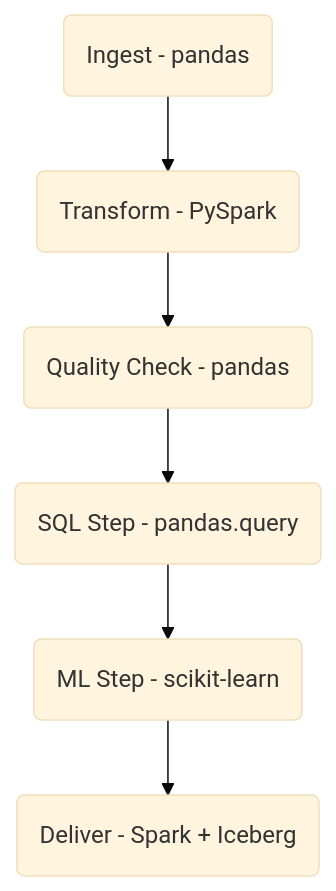
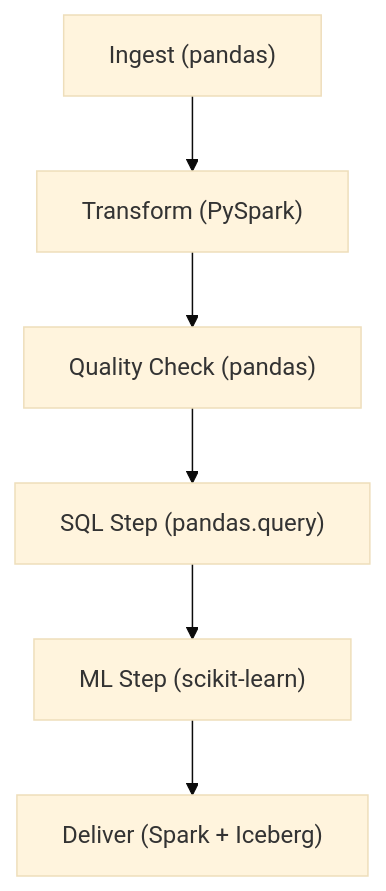
The diagram in README.md (justin-mbca/siri-ai-quality-engineering-pipeline), drawn with Mermaid (base theme) before and after one commit.

Commit message:
fix mermaid diagram

````diff
--- a/README.md
+++ b/README.md
@@ -5,8 +5,8 @@
 ```mermaid
 flowchart TD
-    A(Ingest - pandas) --> B(Transform - PySpark)
-    B --> C(Quality Check - pandas)
-    C --> D(SQL Step - pandas.query)
-    D --> E(ML Step - scikit-learn)
-    E --> F(Deliver - Spark + Iceberg)
+    A["Ingest (pandas)"] --> B["Transform (PySpark)"]
+    B --> C["Quality Check (pandas)"]
+    C --> D["SQL Step (pandas.query)"]
+    D --> E["ML Step (scikit-learn)"]
+    E --> F["Deliver (Spark + Iceberg)"]
 ```
````
